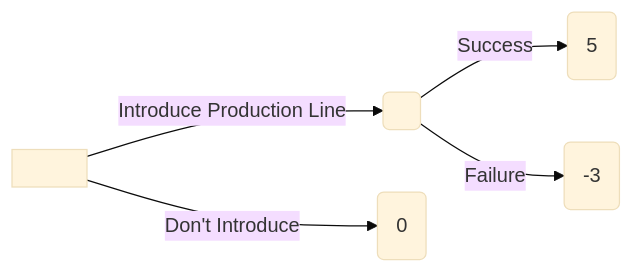
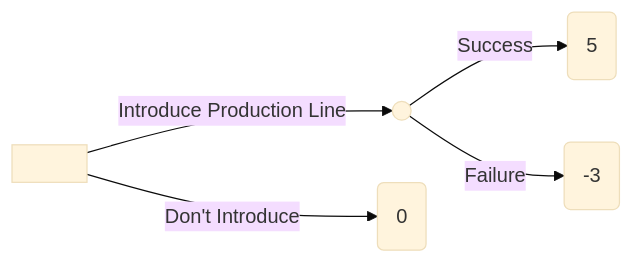
The diagram in Decisions.qmd (jagelves/DecisionModeling), drawn with Mermaid (base theme) before and after one commit. The commit also changed 2 other files, not shown here.

````diff
--- a/Decisions.qmd
+++ b/Decisions.qmd
@@ -42,8 +42,8 @@
 ```{mermaid theme=darkly}
 %%| fig-width: 5
 graph LR
-    A[ ] -->|Introduce Production Line| C( ) 
+    A[ ] -->|Introduce Production Line| C(( )) 
     A[ ] -->|Don't Introduce| B( 0 )
     C -->|Success| D( 5 )
     C -->|Failure| E( -3 )
 ```
````
